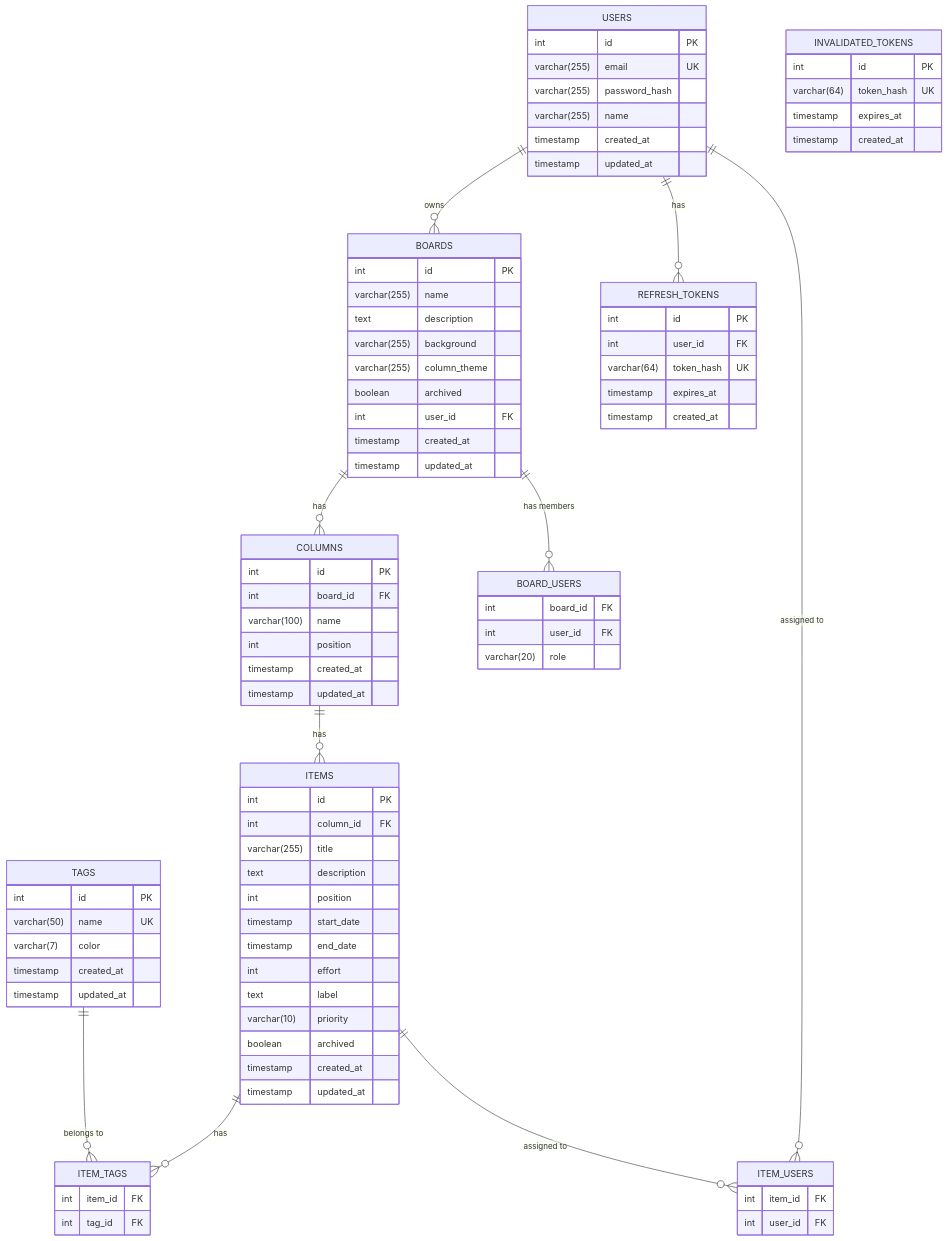
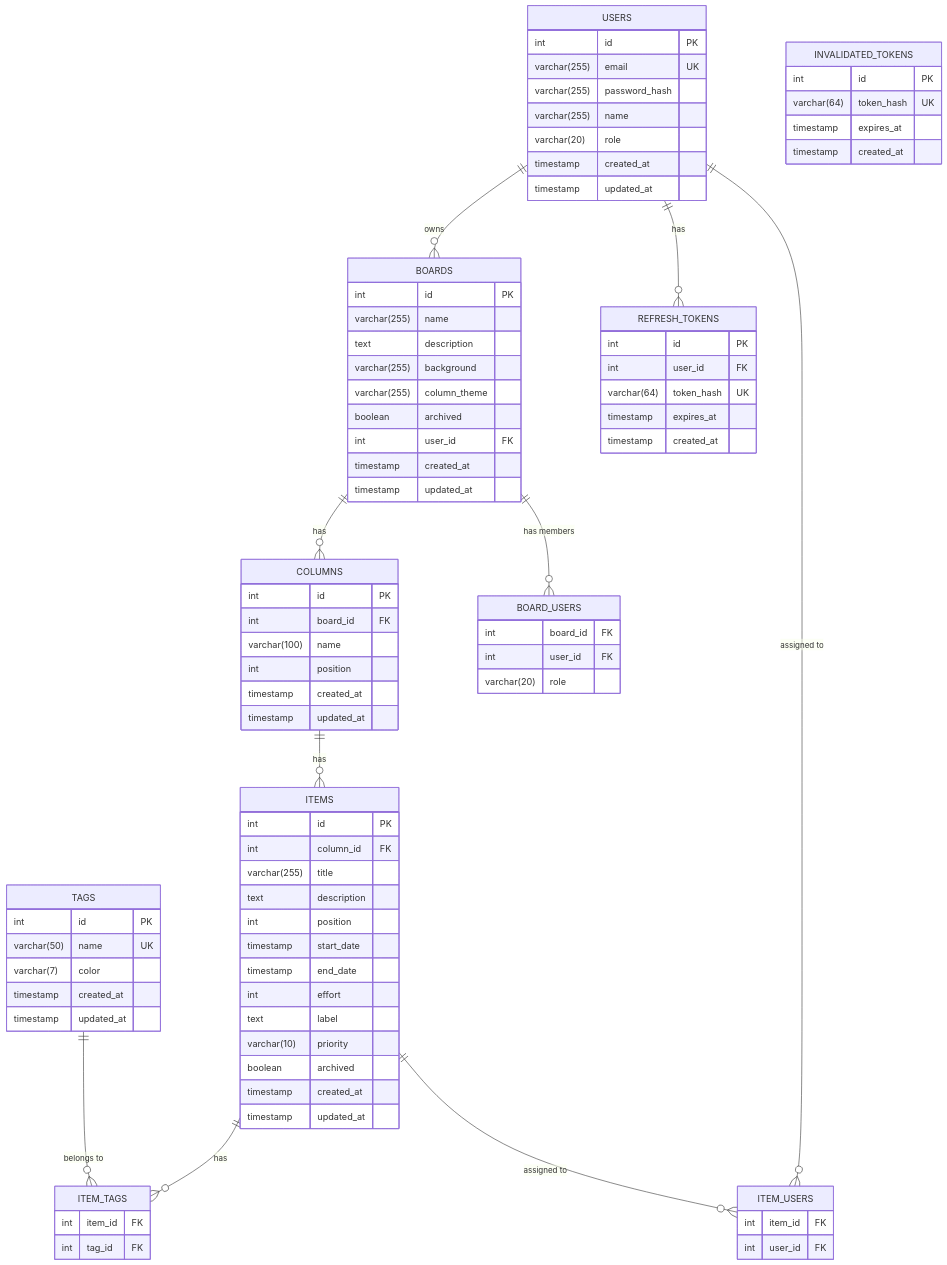
Before and after one commit to devdaviddr/taskmanager: the diagram in erd.mermaid, drawn with Mermaid. The commit also changed 20 other files, not shown here.

```diff
--- a/erd.mermaid
+++ b/erd.mermaid
@@ -1,95 +1,96 @@
 erDiagram
     USERS ||--o{ BOARDS : "owns"
     USERS ||--o{ ITEM_USERS : "assigned to"
     USERS ||--o{ REFRESH_TOKENS : "has"
     BOARDS ||--o{ COLUMNS : "has"
     BOARDS ||--o{ BOARD_USERS : "has members"
     COLUMNS ||--o{ ITEMS : "has"
     ITEMS ||--o{ ITEM_TAGS : "has"
     ITEMS ||--o{ ITEM_USERS : "assigned to"
     TAGS ||--o{ ITEM_TAGS : "belongs to"
 
     USERS {
         int id PK
         varchar(255) email UK
         varchar(255) password_hash
         varchar(255) name
+        varchar(20) role
         timestamp created_at
         timestamp updated_at
     }
 
     REFRESH_TOKENS {
         int id PK
         int user_id FK
         varchar(64) token_hash UK
         timestamp expires_at
         timestamp created_at
     }
 
     INVALIDATED_TOKENS {
         int id PK
         varchar(64) token_hash UK
         timestamp expires_at
         timestamp created_at
     }
 
     BOARDS {
         int id PK
         varchar(255) name
         text description
         varchar(255) background
         varchar(255) column_theme
         boolean archived
         int user_id FK
         timestamp created_at
         timestamp updated_at
     }
 
     COLUMNS {
         int id PK
         int board_id FK
         varchar(100) name
         int position
         timestamp created_at
         timestamp updated_at
     }
 
     ITEMS {
         int id PK
         int column_id FK
         varchar(255) title
         text description
         int position
         timestamp start_date
         timestamp end_date
         int effort
         text label
         varchar(10) priority
         boolean archived
         timestamp created_at
         timestamp updated_at
     }
 
     TAGS {
         int id PK
         varchar(50) name UK
         varchar(7) color
         timestamp created_at
         timestamp updated_at
     }
 
     ITEM_TAGS {
         int item_id FK
         int tag_id FK
     }
 
     ITEM_USERS {
         int item_id FK
         int user_id FK
     }
 
     BOARD_USERS {
         int board_id FK
         int user_id FK
         varchar(20) role
     }
```
